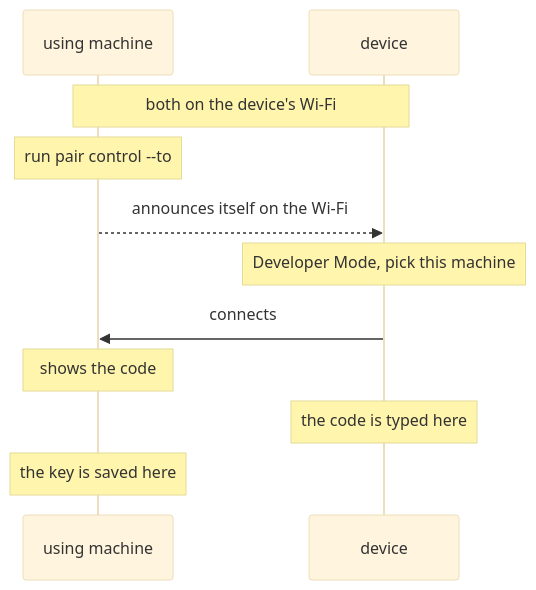
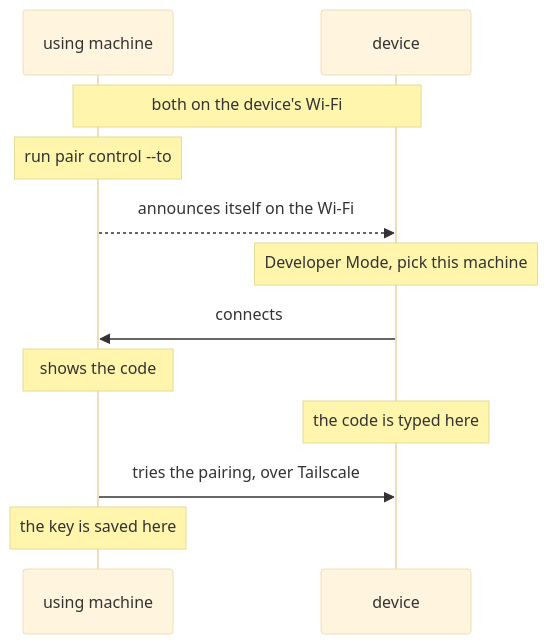
Before and after one commit to mh-mobile/RoamRun: the second of 4 diagrams in Rust/roamrunctl/README.md, drawn with Mermaid (base theme). The commit also changed other lines of this file, not shown here.

Commit message:
The figures, after a review against the source: the pairing is tried over Tailscale before its key is kept, the near machine says which device, the device proves itself first, and B's pairing is made as in A

````diff
--- a/Rust/roamrunctl/README.md
+++ b/Rust/roamrunctl/README.md
@@ -114,13 +114,14 @@
 ```mermaid
 sequenceDiagram
   participant U as using machine
   participant D as device
   Note over U,D: both on the device's Wi-Fi
   Note over U: run pair control --to
   U-->>D: announces itself on the Wi-Fi
   Note over D: Developer Mode, pick this machine
   D->>U: connects
   Note over U: shows the code
   Note over D: the code is typed here
+  U->>D: tries the pairing, over Tailscale
   Note over U: the key is saved here
 ```
````
